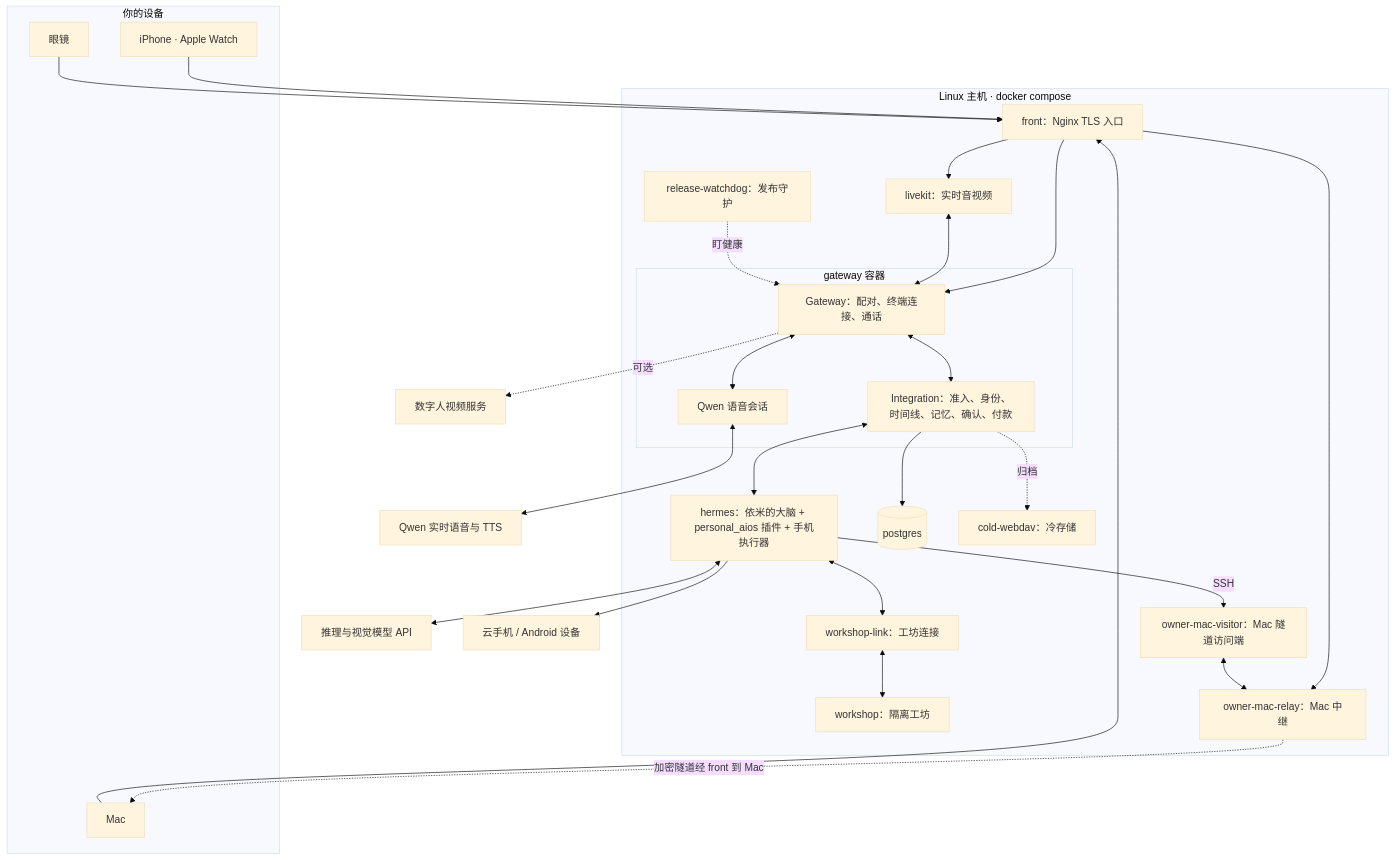
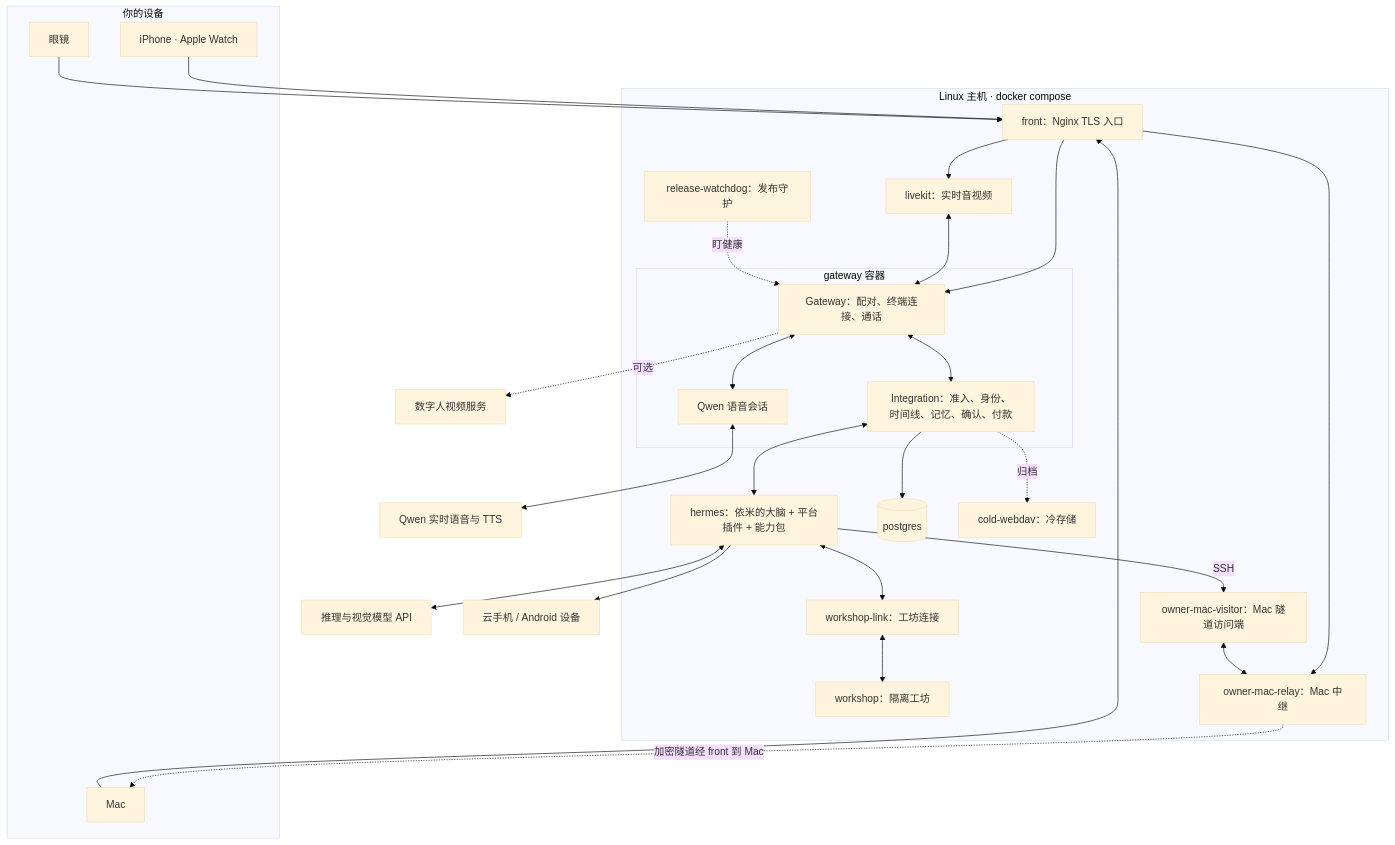
The diagram in README.md (chiragjangiir/Personal-AI-OS), drawn with Mermaid (base theme) before and after one commit. The commit also changed other lines of this file and 731 other files, not shown here.

````diff
--- a/README.md
+++ b/README.md
@@ -53,46 +65,46 @@
 ```mermaid
 flowchart TB
     subgraph Devices["你的设备"]
         P[iPhone · Apple Watch]
         GL[眼镜]
         MAC[Mac]
     end
     subgraph Host["Linux 主机 · docker compose"]
         FR["front：Nginx TLS 入口"]
         LK["livekit：实时音视频"]
         subgraph GWC["gateway 容器"]
             GW["Gateway：配对、终端连接、通话"]
             IN["Integration：准入、身份、时间线、记忆、确认、付款"]
             QV["Qwen 语音会话"]
         end
-        HE["hermes：依米的大脑 + personal_aios 插件 + 手机执行器"]
+        HE["hermes：依米的大脑 + 平台插件 + 能力包"]
         PG[("postgres")]
         WL["workshop-link：工坊连接"]
         WS["workshop：隔离工坊"]
         MV["owner-mac-visitor：Mac 隧道访问端"]
         RL["owner-mac-relay：Mac 中继"]
         CW["cold-webdav：冷存储"]
         WD["release-watchdog：发布守护"]
     end
     P & GL --> FR
     MAC --> FR
     FR --> GW
     FR --> LK
     FR --> RL
     LK <--> GW
     GW <--> IN
     GW <--> QV
     IN <--> HE
     IN --> PG
     IN -.归档.-> CW
     HE <--> WL
     WL <--> WS
     WD -.盯健康.-> GW
     HE -- SSH --> MV
     MV <--> RL
     RL -.加密隧道经 front 到 Mac.-> MAC
     QV <--> DS["Qwen 实时语音与 TTS"]
     HE <--> LLM["推理与视觉模型 API"]
     HE --> PH["云手机 / Android 设备"]
     GW -.可选.-> VD["数字人视频服务"]
 ```
````
